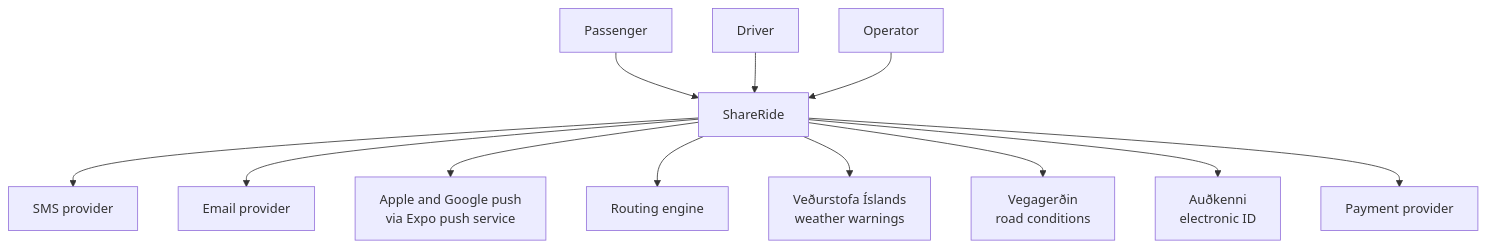
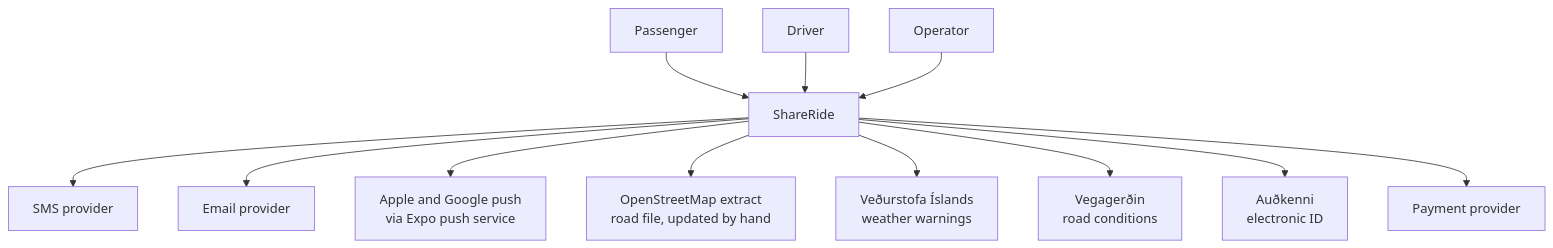
One commit to safarcikm/ShareRide changed the first of 4 diagrams in docs/architecture/overview.md. Above: the diagram before and after it, drawn with Mermaid. The commit also changed 11 other files, not shown here.

````diff
--- a/docs/architecture/overview.md
+++ b/docs/architecture/overview.md
@@ -10,15 +10,15 @@
 ```mermaid
 flowchart TB
   P[Passenger] --> SR
   D[Driver] --> SR
   O[Operator] --> SR
   SR[ShareRide]
   SR --> SMS[SMS provider]
   SR --> MAIL[Email provider]
   SR --> PUSH[Apple and Google push<br/>via Expo push service]
-  SR --> MAP[Routing engine]
+  SR --> OSM[OpenStreetMap extract<br/>road file, updated by hand]
   SR --> WX[Veðurstofa Íslands<br/>weather warnings]
   SR --> ROAD[Vegagerðin<br/>road conditions]
   SR --> EID[Auðkenni<br/>electronic ID]
   SR --> PAY[Payment provider]
 ```
````
